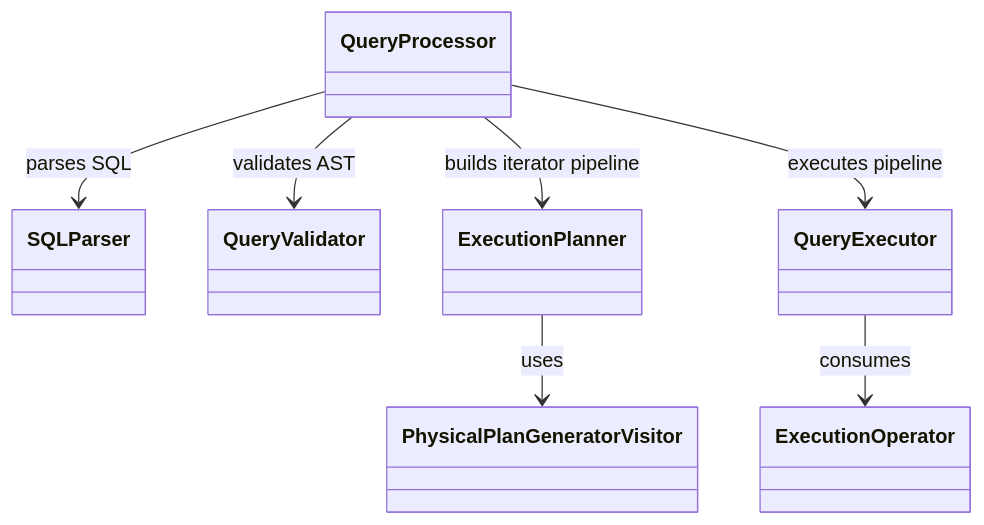
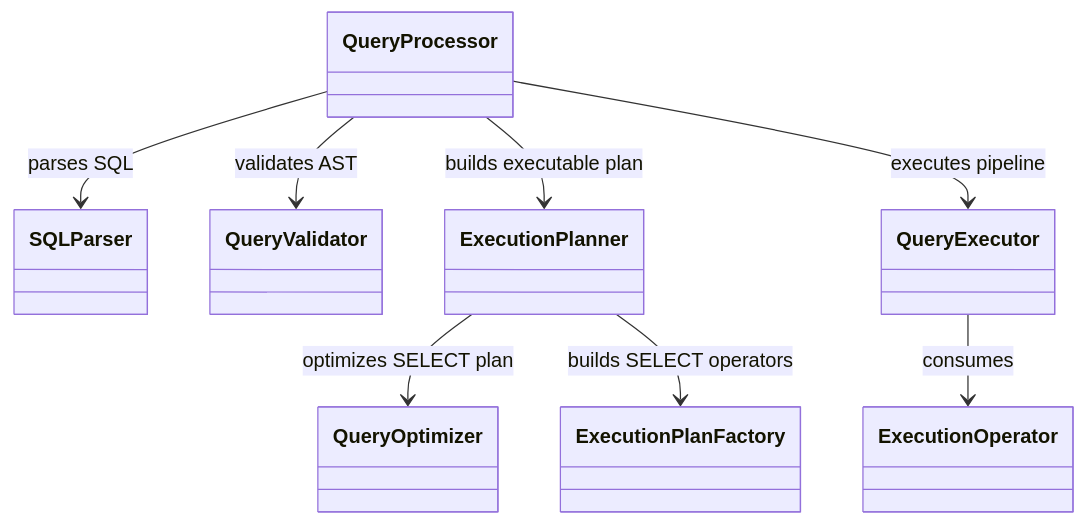
Diagram 38 of 39 in README.md (taitran501/DBMS), drawn with Mermaid before and after one commit. The commit also changed other lines of this file and 11 other files, not shown here.

First line of the commit message:
feat(query-processing): implement Factory Method and Processing Pipeline patterns

````diff
--- a/README.md
+++ b/README.md
@@ -2354,9 +2354,10 @@
 ```mermaid
 classDiagram
     QueryProcessor --> SQLParser : parses SQL
     QueryProcessor --> QueryValidator : validates AST
-    QueryProcessor --> ExecutionPlanner : builds iterator pipeline
+    QueryProcessor --> ExecutionPlanner : builds executable plan
     QueryProcessor --> QueryExecutor : executes pipeline
-    ExecutionPlanner --> PhysicalPlanGeneratorVisitor : uses
+    ExecutionPlanner --> QueryOptimizer : optimizes SELECT plan
+    ExecutionPlanner --> ExecutionPlanFactory : builds SELECT operators
     QueryExecutor --> ExecutionOperator : consumes
 ```
````
